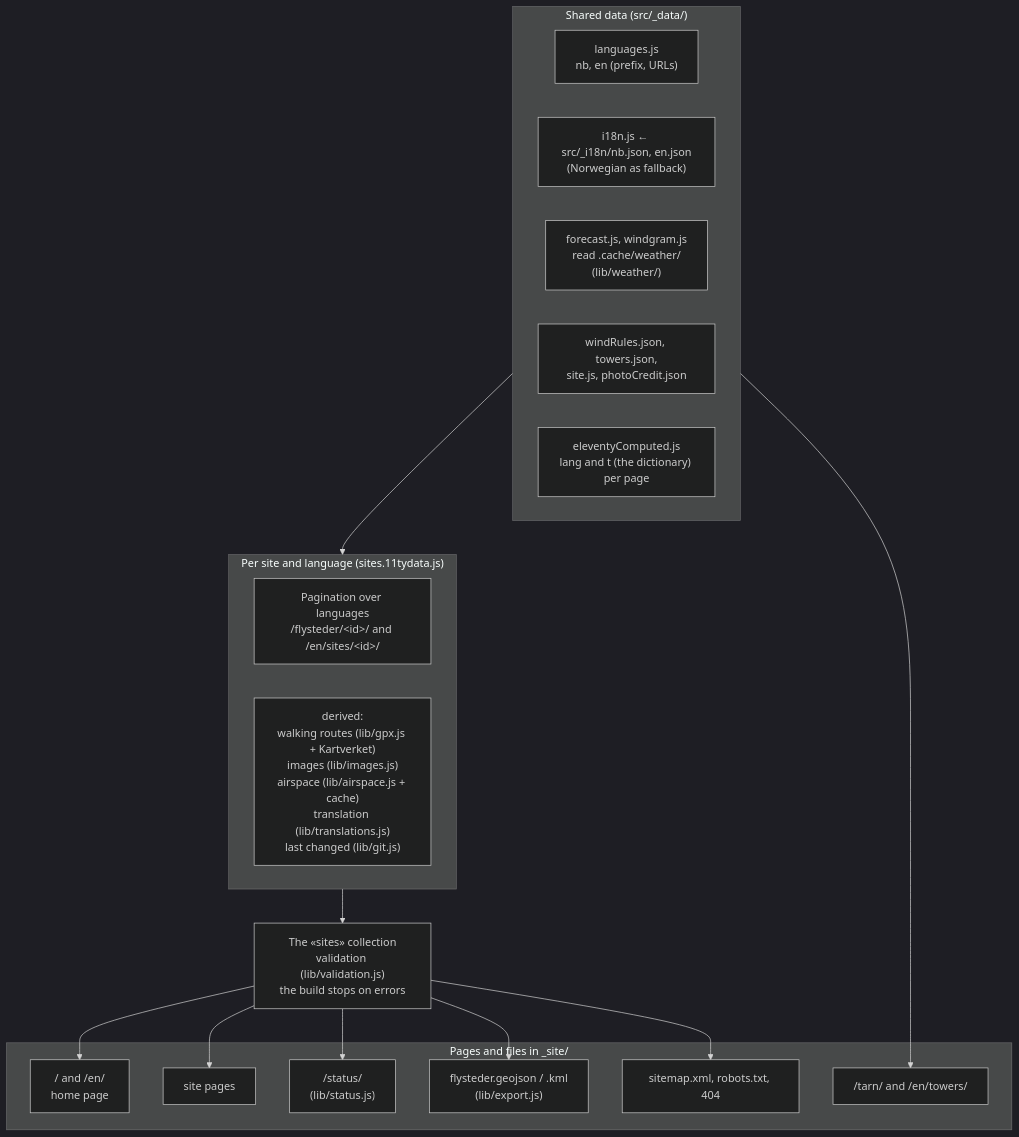
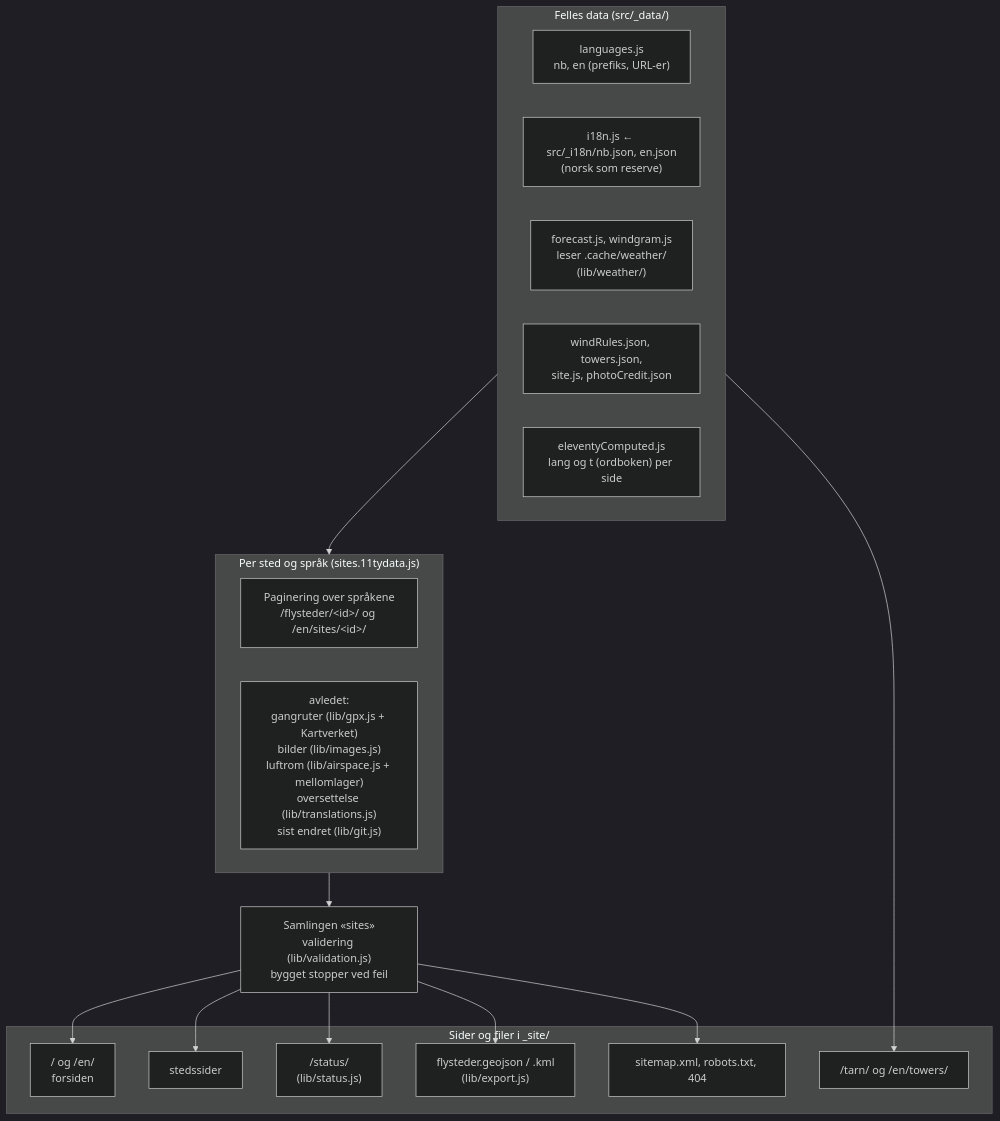
Before and after one commit to hpgt-com/flying-sites: the second of 7 diagrams in docs/architecture.md, drawn with Mermaid (dark theme). The commit also changed other lines of this file and 28 other files, not shown here.

````diff
--- a/docs/architecture.md
+++ b/docs/architecture.md
@@ -82,30 +87,30 @@
 ```mermaid
 flowchart TB
-  subgraph global["Shared data (src/_data/)"]
-    lang["languages.js<br/>nb, en (prefix, URLs)"]
-    i18n["i18n.js ← src/_i18n/nb.json, en.json<br/>(Norwegian as fallback)"]
-    fc["forecast.js, windgram.js<br/>read .cache/weather/<br/>(lib/weather/)"]
+  subgraph global["Felles data (src/_data/)"]
+    lang["languages.js<br/>nb, en (prefiks, URL-er)"]
+    i18n["i18n.js ← src/_i18n/nb.json, en.json<br/>(norsk som reserve)"]
+    fc["forecast.js, windgram.js<br/>leser .cache/weather/<br/>(lib/weather/)"]
     rules["windRules.json, towers.json,<br/>site.js, photoCredit.json"]
-    comp["eleventyComputed.js<br/>lang and t (the dictionary) per page"]
+    comp["eleventyComputed.js<br/>lang og t (ordboken) per side"]
   end
 
-  subgraph site["Per site and language (sites.11tydata.js)"]
-    pag["Pagination over languages<br/>/flysteder/&lt;id&gt;/ and /en/sites/&lt;id&gt;/"]
-    derived["derived:<br/>walking routes (lib/gpx.js + Kartverket)<br/>images (lib/images.js)<br/>airspace (lib/airspace.js + cache)<br/>translation (lib/translations.js)<br/>last changed (lib/git.js)"]
+  subgraph site["Per sted og språk (sites.11tydata.js)"]
+    pag["Paginering over språkene<br/>/flysteder/&lt;id&gt;/ og /en/sites/&lt;id&gt;/"]
+    derived["avledet:<br/>gangruter (lib/gpx.js + Kartverket)<br/>bilder (lib/images.js)<br/>luftrom (lib/airspace.js + mellomlager)<br/>oversettelse (lib/translations.js)<br/>sist endret (lib/git.js)"]
   end
 
-  valid["The «sites» collection<br/>validation (lib/validation.js)<br/>the build stops on errors"]
+  valid["Samlingen «sites»<br/>validering (lib/validation.js)<br/>bygget stopper ved feil"]
 
-  subgraph out["Pages and files in _site/"]
-    home["/ and /en/<br/>home page"]
-    sitepg["site pages"]
-    towers["/tarn/ and /en/towers/"]
+  subgraph out["Sider og filer i _site/"]
+    home["/ og /en/<br/>forsiden"]
+    sitepg["stedssider"]
+    towers["/tarn/ og /en/towers/"]
     status["/status/<br/>(lib/status.js)"]
     exp["flysteder.geojson / .kml<br/>(lib/export.js)"]
     seo["sitemap.xml, robots.txt, 404"]
   end
 
   global --> site --> valid
   valid --> home & sitepg & status & exp & seo
   global --> towers
 ```
````
